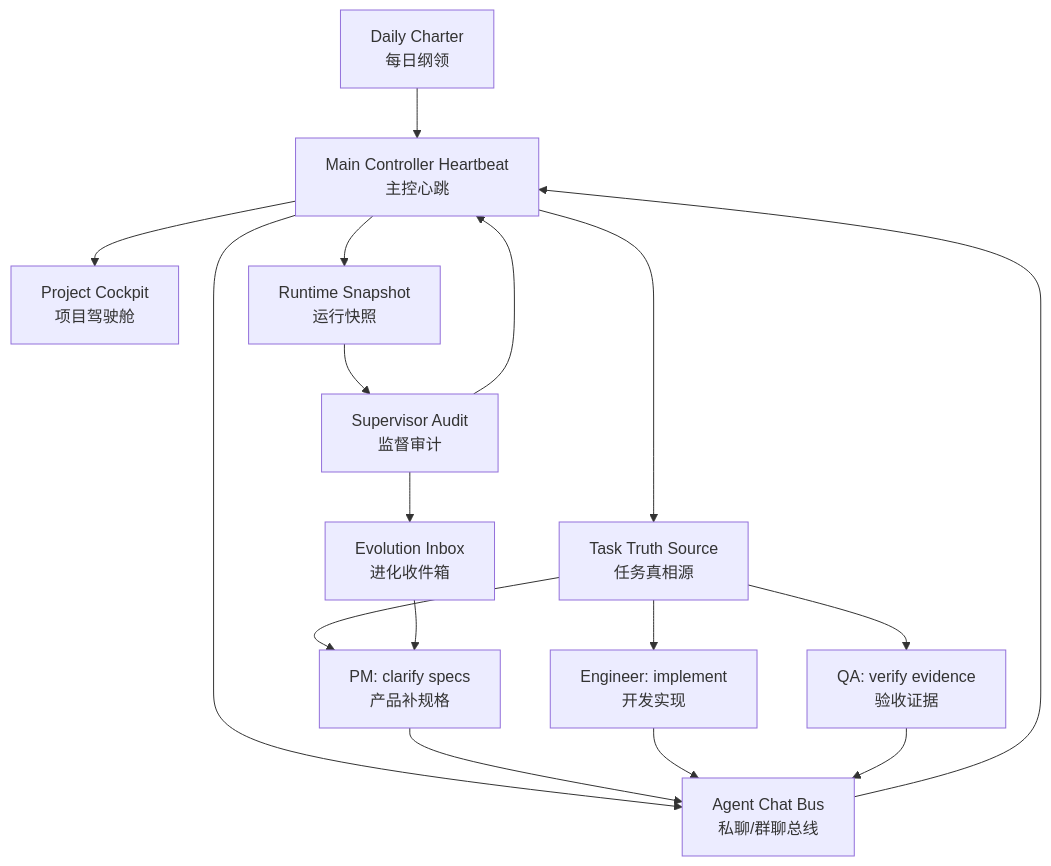
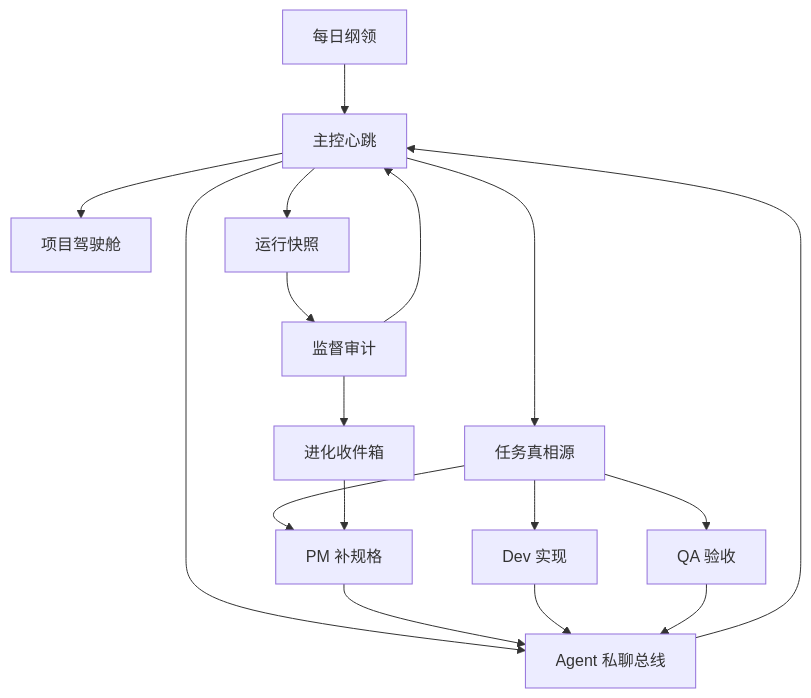
The diagram in README.md (xianzhen2008-dotcom/lobster-perpetual-machine), drawn with Mermaid before and after one commit. The commit also changed other lines of this file and 5 other files, not shown here.

````diff
--- a/README.md
+++ b/README.md
@@ -99,19 +99,19 @@
 ```mermaid
 flowchart TD
-  A["Daily Charter<br/>每日纲领"] --> B["Main Controller Heartbeat<br/>主控心跳"]
-  B --> C["Project Cockpit<br/>项目驾驶舱"]
-  B --> D["Task Truth Source<br/>任务真相源"]
-  B --> E["Agent Chat Bus<br/>私聊/群聊总线"]
-  D --> F["PM: clarify specs<br/>产品补规格"]
-  D --> G["Engineer: implement<br/>开发实现"]
-  D --> H["QA: verify evidence<br/>验收证据"]
+  A["每日纲领"] --> B["主控心跳"]
+  B --> C["项目驾驶舱"]
+  B --> D["任务真相源"]
+  B --> E["Agent 私聊总线"]
+  D --> F["PM 补规格"]
+  D --> G["Dev 实现"]
+  D --> H["QA 验收"]
   F --> E
   G --> E
   H --> E
   E --> B
-  B --> I["Runtime Snapshot<br/>运行快照"]
-  I --> J["Supervisor Audit<br/>监督审计"]
+  B --> I["运行快照"]
+  I --> J["监督审计"]
   J --> B
-  J --> K["Evolution Inbox<br/>进化收件箱"]
+  J --> K["进化收件箱"]
   K --> F
 ```
````
